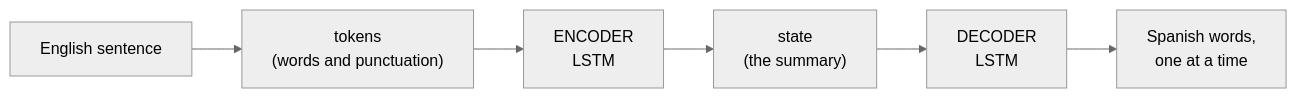
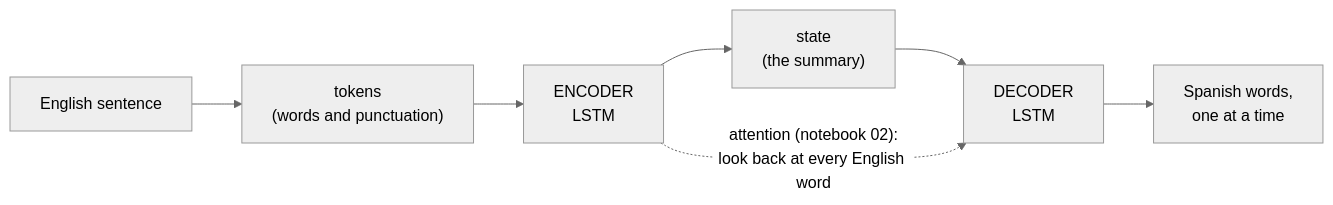
The diagram in README.md (maryammahmoudi1993/Translation-spanish-english), drawn with Mermaid (neutral theme) before and after one commit. The commit also changed other lines of this file and 1 other file, not shown here.

Commit message:
docs: update README and add the progress note for the attention notebook

````diff
--- a/README.md
+++ b/README.md
@@ -24,4 +25,5 @@
 ```mermaid
 flowchart LR
     A["English sentence"] --> B["tokens<br/>(words and punctuation)"] --> C["ENCODER<br/>LSTM"] --> D["state<br/>(the summary)"] --> E["DECODER<br/>LSTM"] --> F["Spanish words,<br/>one at a time"]
+    C -. "attention (notebook 02):<br/>look back at every English word" .-> E
 ```
````
